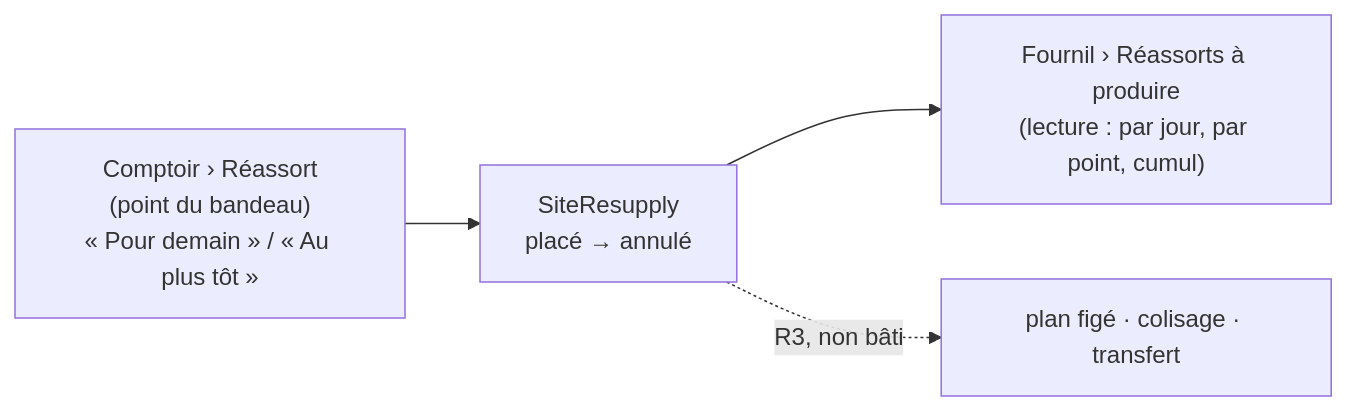
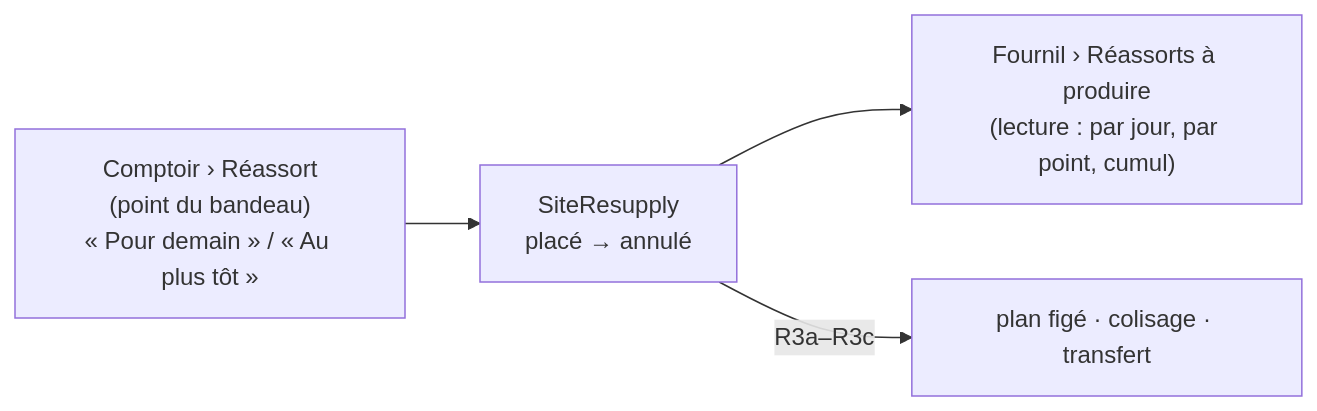
Before and after one commit to hugoheynard/lfd: the first of 6 diagrams in documentation/reassort-boutiques/README.md, drawn with Mermaid. The commit also changed other lines of this file and 55 other files, not shown here.

````diff
--- a/documentation/reassort-boutiques/README.md
+++ b/documentation/reassort-boutiques/README.md
@@ -34,6 +35,6 @@
 ```mermaid
 flowchart LR
   C["Comptoir › Réassort<br/>(point du bandeau)<br/>« Pour demain » / « Au plus tôt »"] --> S["SiteResupply<br/>placé → annulé"]
   S --> F["Fournil › Réassorts à produire<br/>(lecture : par jour, par point, cumul)"]
-  S -.->|"R3, non bâti"| P["plan figé · colisage · transfert"]
+  S -->|"R3a–R3c"| P["plan figé · colisage · transfert"]
 ```
````
